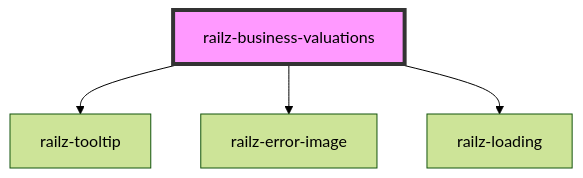
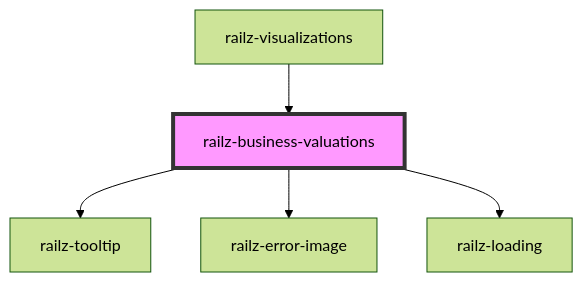
Before and after one commit to railz-ai/railz-visualizations: the diagram in packages/components/src/elements/business-valuations/readme.md, drawn with Mermaid (forest theme). The commit also changed other lines of this file and 5 other files, not shown here.

Commit message:
fix: business valuations errors & all filter

````diff
--- a/packages/components/src/elements/business-valuations/readme.md
+++ b/packages/components/src/elements/business-valuations/readme.md
@@ -23,7 +27,8 @@
 ```mermaid
 graph TD;
   railz-business-valuations --> railz-tooltip
   railz-business-valuations --> railz-error-image
   railz-business-valuations --> railz-loading
+  railz-visualizations --> railz-business-valuations
   style railz-business-valuations fill:#f9f,stroke:#333,stroke-width:4px
 ```
````
